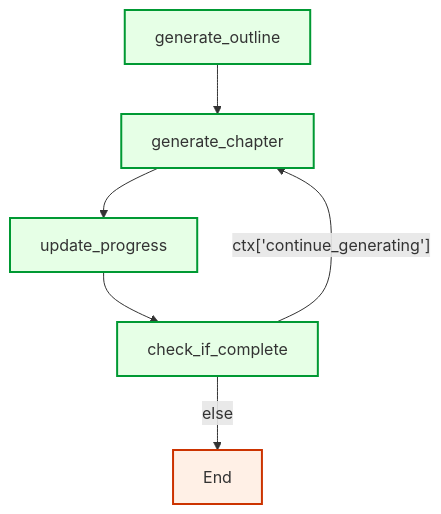
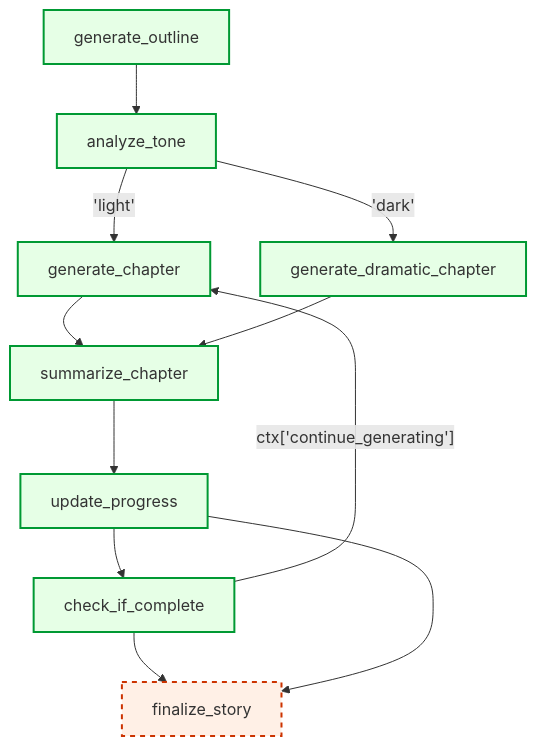
Before and after one commit to quantalogic/quantalogic: the second of 6 diagrams in quantalogic/flow/flow_yaml.md, drawn with Mermaid. The commit also changed other lines of this file and 23 other files, not shown here.

````diff
--- a/quantalogic/flow/flow_yaml.md
+++ b/quantalogic/flow/flow_yaml.md
@@ -207,13 +277,21 @@
 ```mermaid
 graph TD
-    A[generate_outline] --> B[generate_chapter]
-    B --> C[update_progress]
-    C --> D[check_if_complete]
-    D -->|"ctx['continue_generating']"| B
-    D -->|else| E[End]
+    A[generate_outline] --> B[analyze_tone]
+    B -->|"'light'"| C[generate_chapter]
+    B -->|"'dark'"| D[generate_dramatic_chapter]
+    C --> E[summarize_chapter]
+    D --> E
+    E --> F[update_progress]
+    F --> G[check_if_complete]
+    G -->|"ctx['continue_generating']"| C
+    G --> H[finalize_story]
+    F --> H
     style A fill:#e6ffe6,stroke:#009933,stroke-width:2px
     style B fill:#e6ffe6,stroke:#009933,stroke-width:2px
     style C fill:#e6ffe6,stroke:#009933,stroke-width:2px
     style D fill:#e6ffe6,stroke:#009933,stroke-width:2px
-    style E fill:#fff0e6,stroke:#cc3300,stroke-width:2px
+    style E fill:#e6ffe6,stroke:#009933,stroke-width:2px
+    style F fill:#e6ffe6,stroke:#009933,stroke-width:2px
+    style G fill:#e6ffe6,stroke:#009933,stroke-width:2px
+    style H fill:#fff0e6,stroke:#cc3300,stroke-width:2px,stroke-dasharray:5
 ```
````
